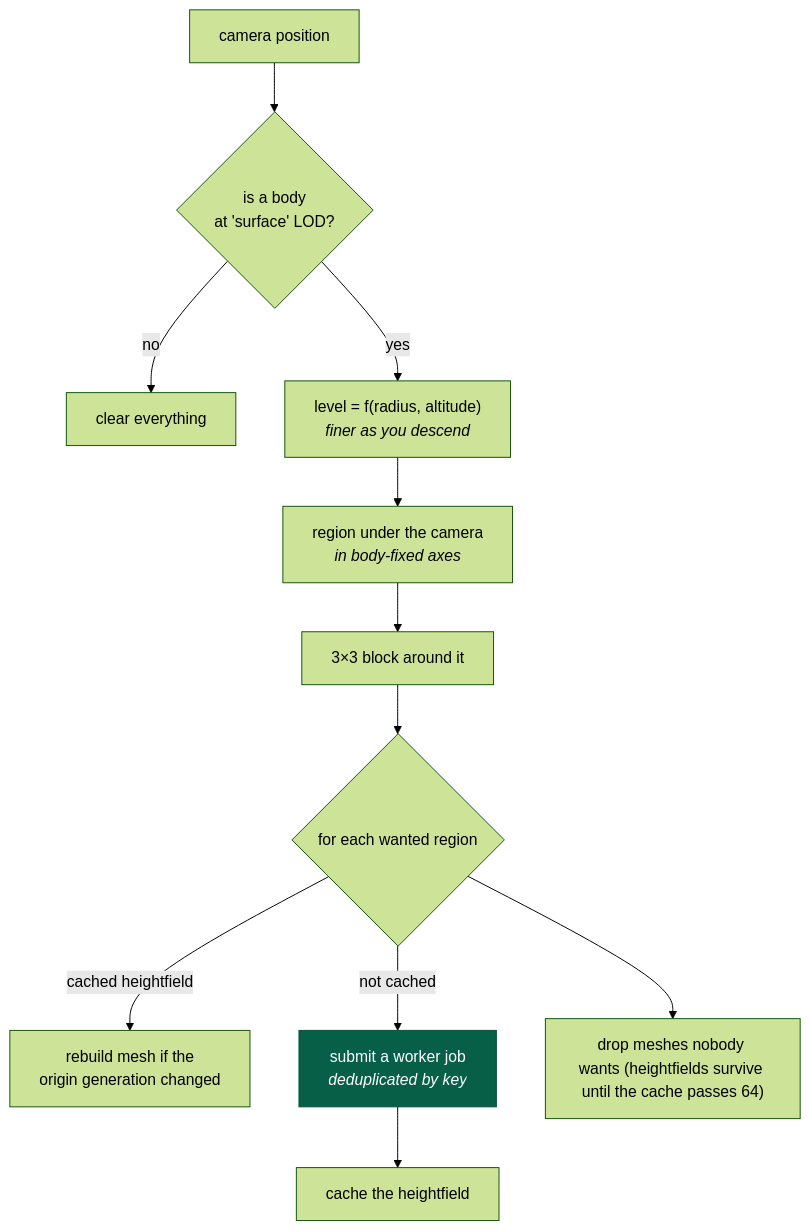
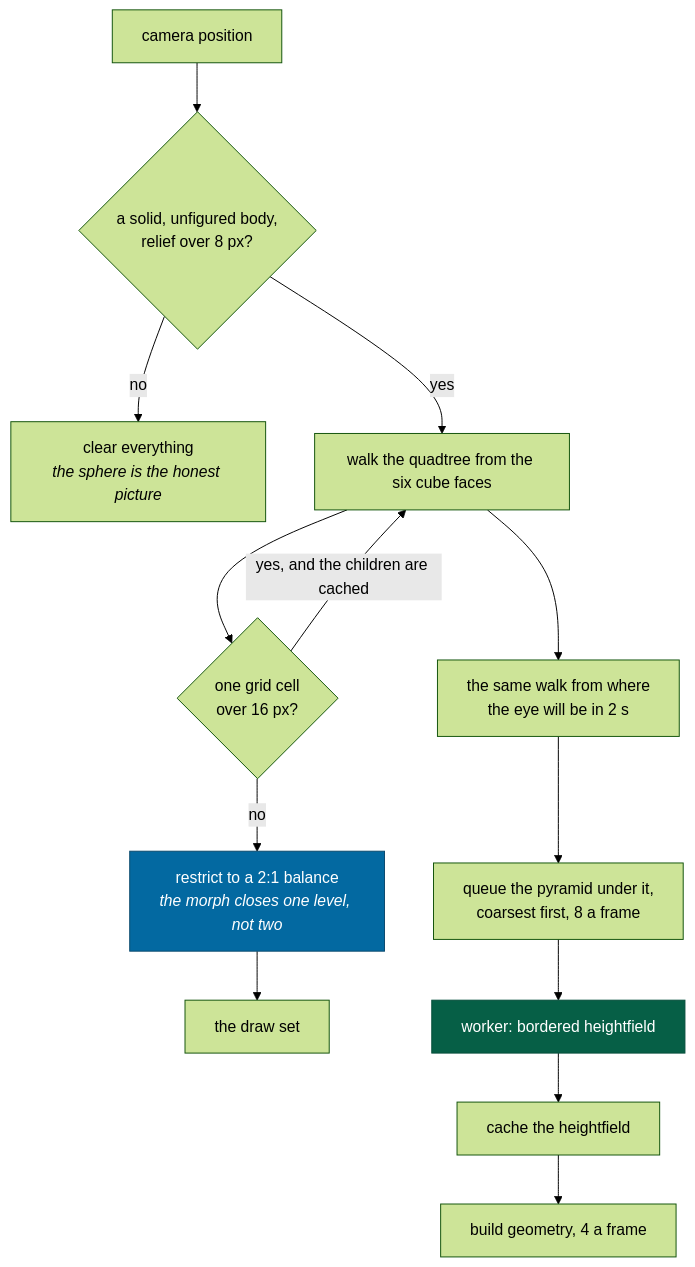
One commit to jonjaques/inertialref changed the third of 3 diagrams in docs/concepts/streaming.md. Above: the diagram before and after it, drawn with Mermaid (forest theme). The commit also changed other lines of this file and 62 other files, not shown here.

First line of the commit message:
The quadtree covers the disk, and the field says where to stop (#27)

````diff
--- a/docs/concepts/streaming.md
+++ b/docs/concepts/streaming.md
@@ -81,15 +82,18 @@
 ```mermaid
 flowchart TB
-    CAM["camera position"] --> BODY{"is a body<br/>at 'surface' LOD?"}
-    BODY -->|no| CLEAR["clear everything"]
-    BODY -->|yes| LEVEL["level = f(radius, altitude)<br/><i>finer as you descend</i>"]
-    LEVEL --> CENTRE["region under the camera<br/><i>in body-fixed axes</i>"]
-    CENTRE --> BLOCK["3×3 block around it"]
-    BLOCK --> RECON{"for each wanted region"}
-    RECON -->|"cached heightfield"| MESH["rebuild mesh if the<br/>origin generation changed"]
-    RECON -->|"not cached"| JOB["submit a worker job<br/><i>deduplicated by key</i>"]
+    CAM["camera position"] --> BODY{"a solid, unfigured body,<br/>relief over 8 px?"}
+    BODY -->|no| CLEAR["clear everything<br/><i>the sphere is the honest picture</i>"]
+    BODY -->|yes| WALK["walk the quadtree from the six cube faces"]
+    WALK --> REFINE{"one grid cell<br/>over 16 px?"}
+    REFINE -->|"yes, and the children are cached"| WALK
+    REFINE -->|no| BALANCE["restrict to a 2:1 balance<br/><i>the morph closes one level, not two</i>"]
+    BALANCE --> DRAW["the draw set"]
+    WALK --> AHEAD["the same walk from where<br/>the eye will be in 2 s"]
+    AHEAD --> QUEUE["queue the pyramid under it,<br/>coarsest first, 8 a frame"]
+    QUEUE --> JOB["worker: bordered heightfield"]
     JOB --> CACHE["cache the heightfield"]
-    RECON --> EVICT["drop meshes nobody wants (heightfields survive until the cache passes 64)"]
+    CACHE --> MESH["build geometry, 4 a frame"]
 
     style JOB fill:#065f46,stroke:#064e3b,color:#fff
+    style BALANCE fill:#0369a1,stroke:#0c4a6e,color:#fff
 ```
````
